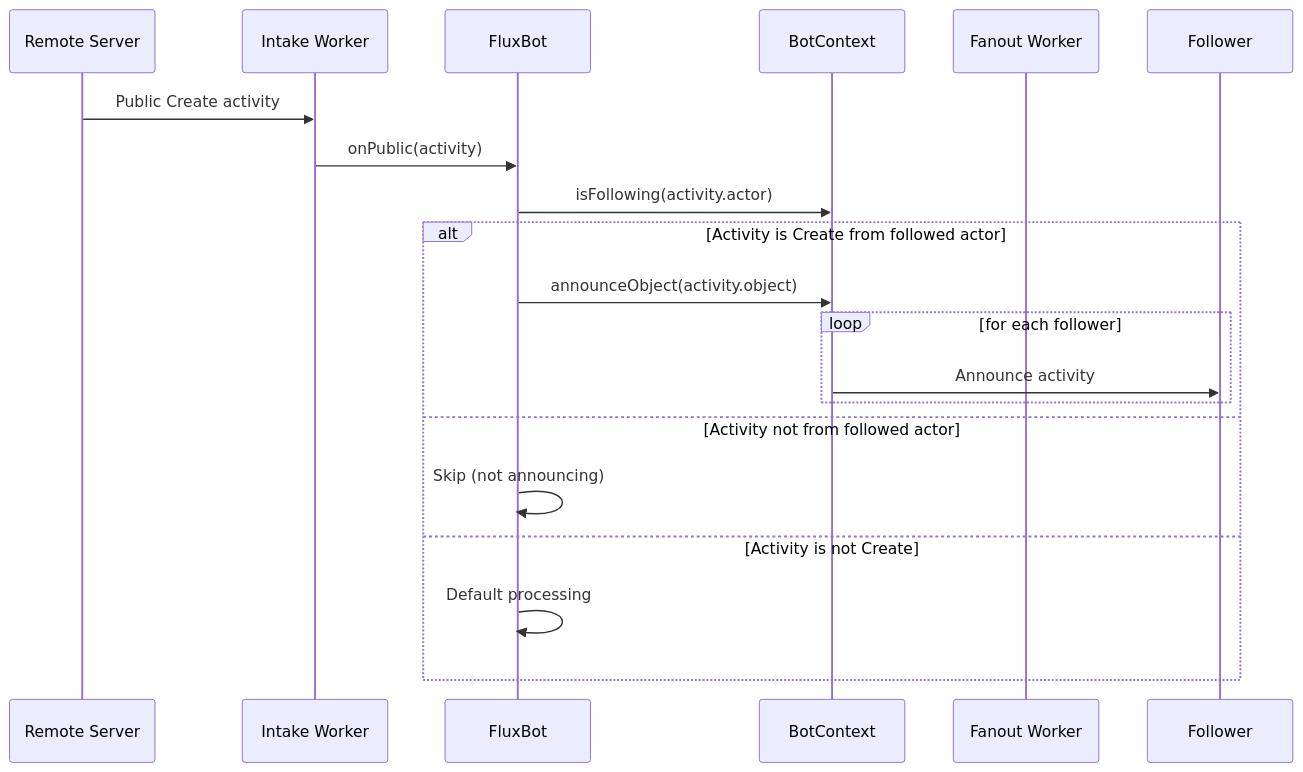
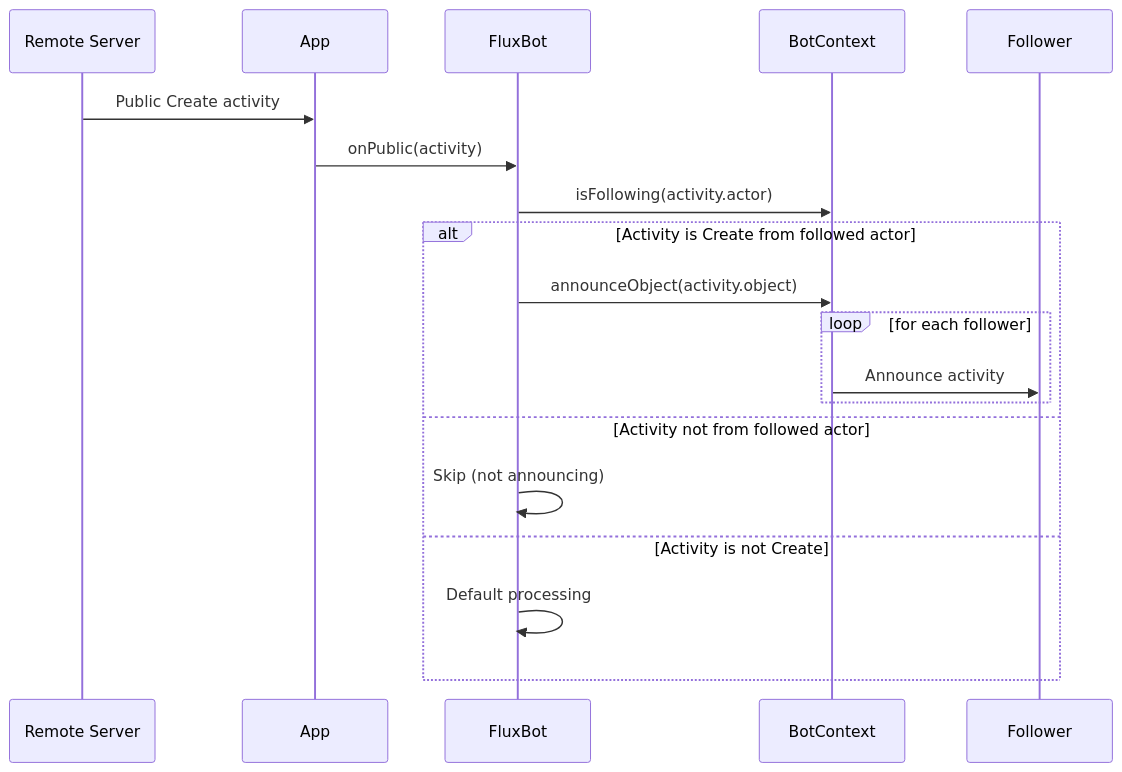
One commit to social-web-foundation/flux.pub changed the third of 3 diagrams in docs/sequence-diagrams.md. Above: the diagram before and after it, drawn with Mermaid. The commit also changed 1 other file, not shown here.

Commit message:
doc: class diagram

````diff
--- a/docs/sequence-diagrams.md
+++ b/docs/sequence-diagrams.md
@@ -84,25 +84,24 @@
 ```mermaid
 sequenceDiagram
     participant RemoteServer as Remote Server
-    participant IntakeWorker as Intake Worker
+    participant App as App
     participant FluxBot as FluxBot
     participant BotContext as BotContext
-    participant FanoutWorker as Fanout Worker
     participant Follower as Follower
 
-    RemoteServer->>IntakeWorker: Public Create activity
-    IntakeWorker->>FluxBot: onPublic(activity)
+    RemoteServer->>App: Public Create activity
+    App->>FluxBot: onPublic(activity)
 
     FluxBot->>BotContext: isFollowing(activity.actor)
 
     alt Activity is Create from followed actor
         FluxBot->>BotContext: announceObject(activity.object)
         loop for each follower
             BotContext->>Follower: Announce activity
         end
     else Activity not from followed actor
         FluxBot->>FluxBot: Skip (not announcing)
     else Activity is not Create
         FluxBot->>FluxBot: Default processing
     end
 ```
````
